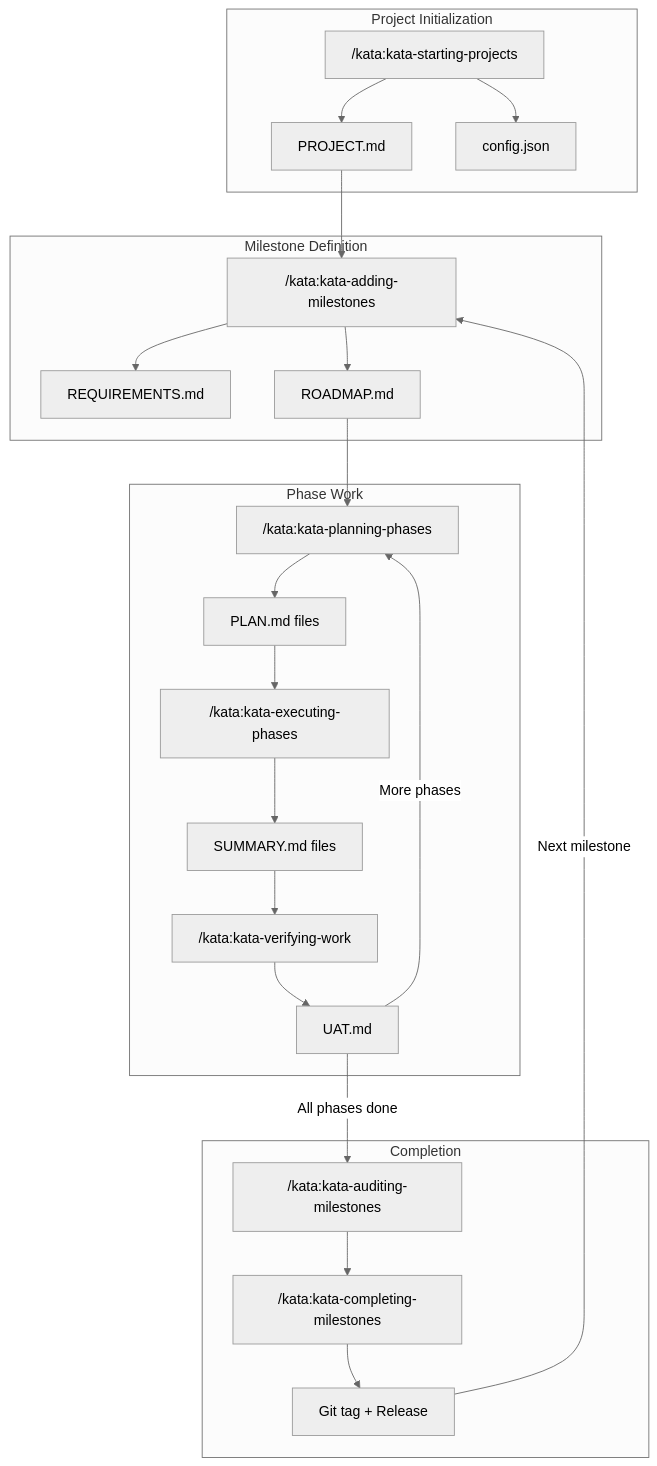
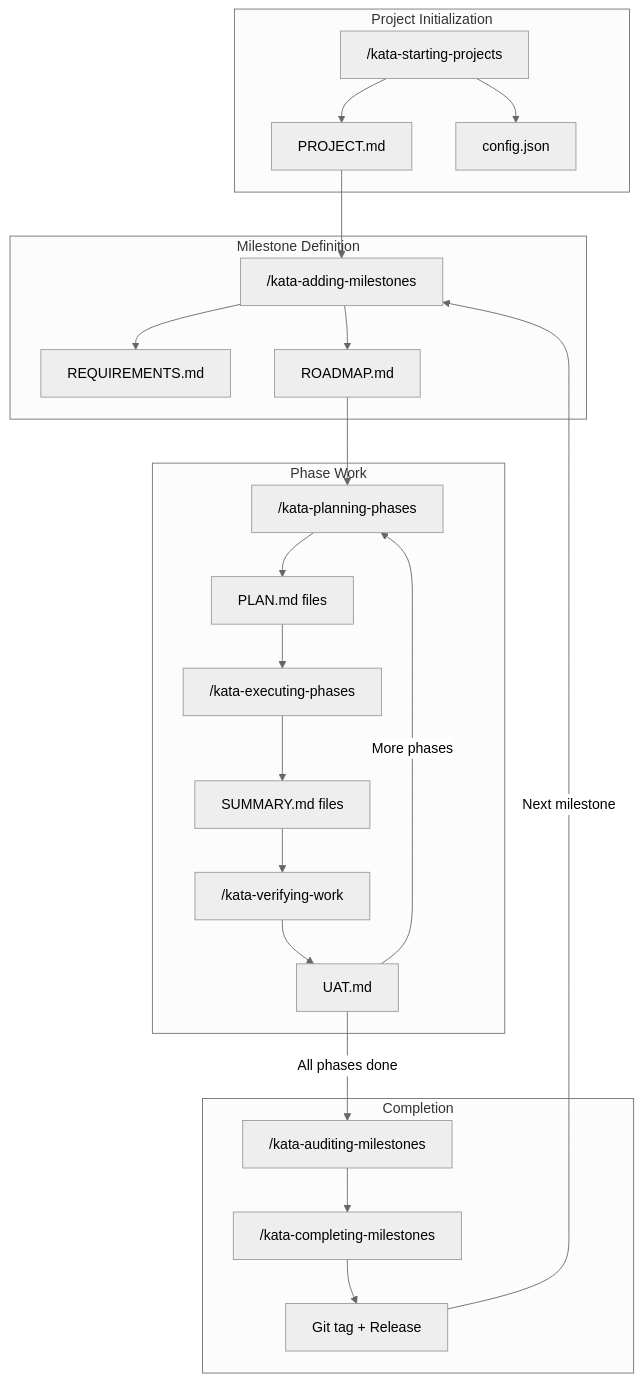
One commit to gannonh/kata changed the second of 6 diagrams in .docs/USER-JOURNEYS.md. Above: the diagram before and after it, drawn with Mermaid (neutral theme). The commit also changed other lines of this file and 89 other files, not shown here.

````diff
--- a/.docs/USER-JOURNEYS.md
+++ b/.docs/USER-JOURNEYS.md
@@ -88,46 +88,46 @@
 ```mermaid
 flowchart TD
     subgraph Init["Project Initialization"]
-        NP["/kata:kata-starting-projects"]
+        NP["/kata-starting-projects"]
         PROJ["PROJECT.md"]
         CFG["config.json"]
     end
 
     subgraph Milestone["Milestone Definition"]
-        AMI["/kata:kata-adding-milestones"]
+        AMI["/kata-adding-milestones"]
         REQ["REQUIREMENTS.md"]
         ROAD["ROADMAP.md"]
     end
 
     subgraph Phase["Phase Work"]
-        PLN["/kata:kata-planning-phases"]
+        PLN["/kata-planning-phases"]
         PLAN["PLAN.md files"]
-        EXE["/kata:kata-executing-phases"]
+        EXE["/kata-executing-phases"]
         SUM["SUMMARY.md files"]
-        VER["/kata:kata-verifying-work"]
+        VER["/kata-verifying-work"]
         UAT["UAT.md"]
     end
 
     subgraph Complete["Completion"]
-        AUD["/kata:kata-auditing-milestones"]
-        CMP["/kata:kata-completing-milestones"]
+        AUD["/kata-auditing-milestones"]
+        CMP["/kata-completing-milestones"]
         TAG["Git tag + Release"]
     end
 
     NP --> PROJ
     NP --> CFG
     PROJ --> AMI
     AMI --> REQ
     AMI --> ROAD
     ROAD --> PLN
     PLN --> PLAN
     PLAN --> EXE
     EXE --> SUM
     SUM --> VER
     VER --> UAT
     UAT -->|"All phases done"| AUD
     UAT -->|"More phases"| PLN
     AUD --> CMP
     CMP --> TAG
     TAG -->|"Next milestone"| AMI
 ```
````
